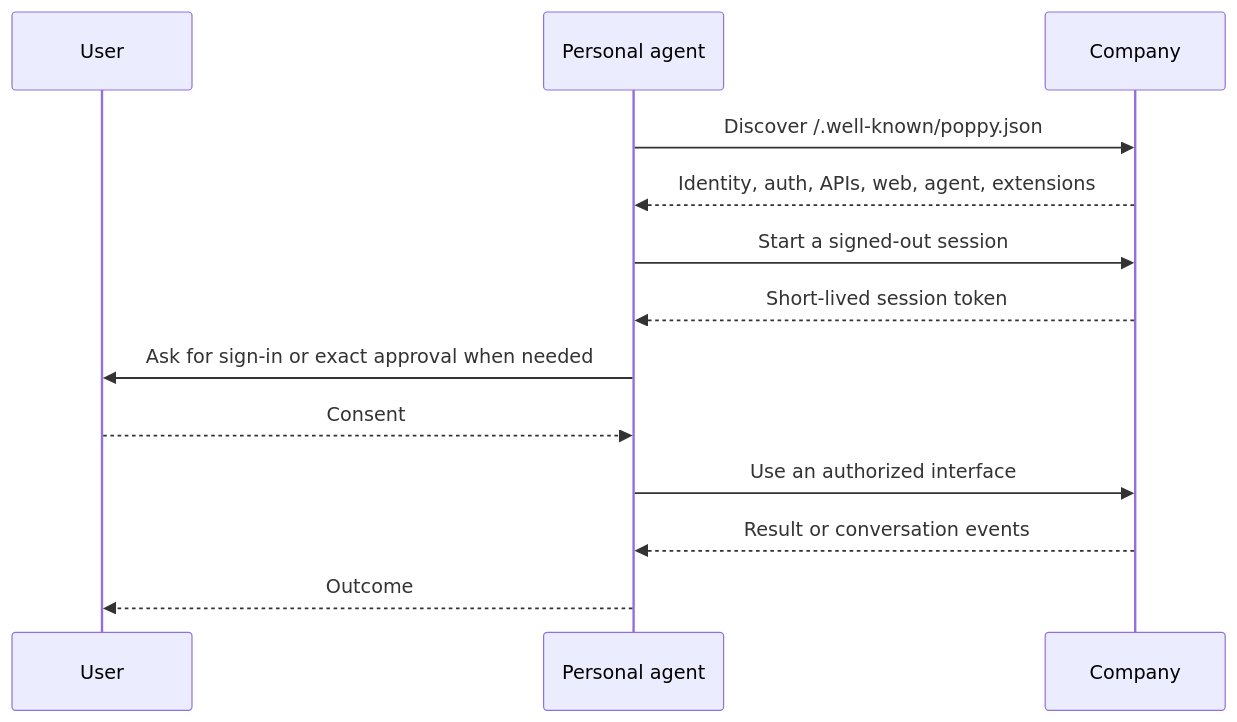
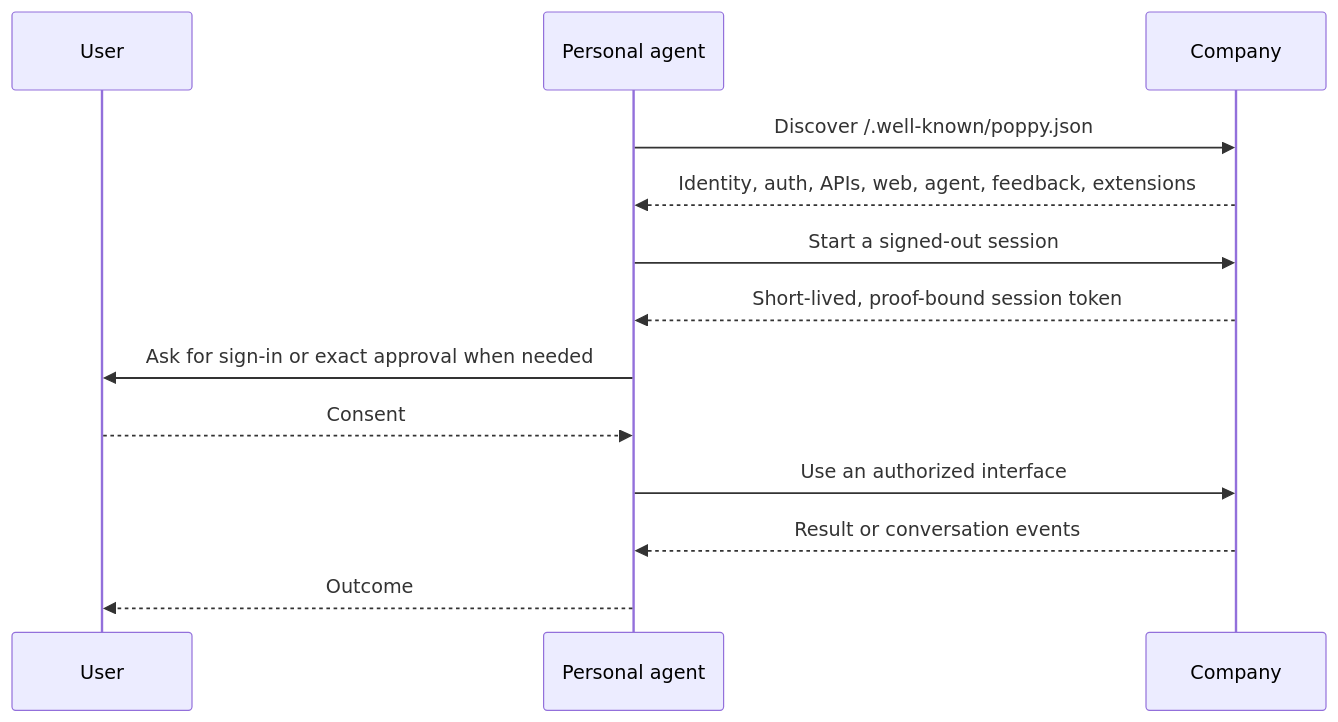
Before and after one commit to datalayer/personal-agent-protocol: the diagram in docs/docs/index.mdx, drawn with Mermaid. The commit also changed other lines of this file and 41 other files, not shown here.

````diff
--- a/docs/docs/index.mdx
+++ b/docs/docs/index.mdx
@@ -83,15 +78,15 @@
 ```mermaid
 sequenceDiagram
   participant U as User
   participant P as Personal agent
   participant C as Company
   P->>C: Discover /.well-known/poppy.json
-  C-->>P: Identity, auth, APIs, web, agent, extensions
+  C-->>P: Identity, auth, APIs, web, agent, feedback, extensions
   P->>C: Start a signed-out session
-  C-->>P: Short-lived session token
+  C-->>P: Short-lived, proof-bound session token
   P->>U: Ask for sign-in or exact approval when needed
   U-->>P: Consent
   P->>C: Use an authorized interface
   C-->>P: Result or conversation events
   P-->>U: Outcome
 ```
````
